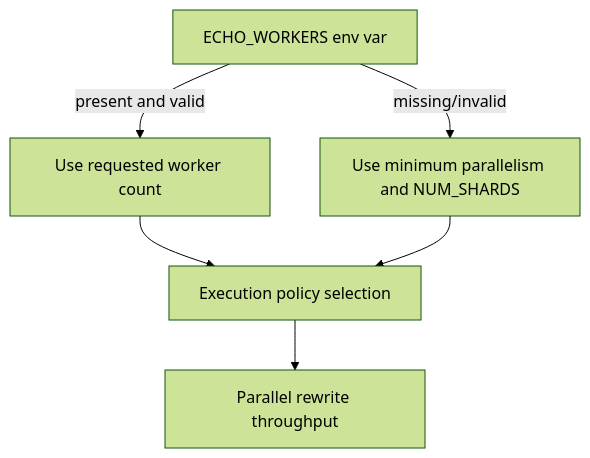
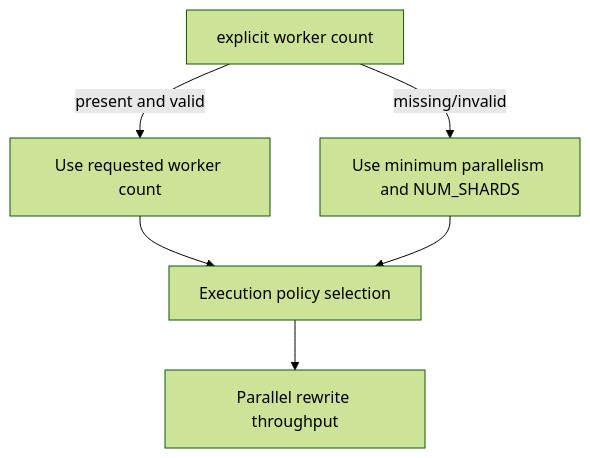
One commit to flyingrobots/echo changed diagram 19 of 34 in docs/technical-teardown.md. Above: the diagram before and after it, drawn with Mermaid (forest theme). The commit also changed other lines of this file and 35 other files, not shown here.

````diff
--- a/docs/technical-teardown.md
+++ b/docs/technical-teardown.md
@@ -705,9 +705,9 @@
 ```mermaid
 flowchart TD
-  CFG[ECHO_WORKERS env var]
+  CFG[explicit worker count]
   CFG -->|present and valid| W[Use requested worker count]
   CFG -->|missing/invalid| W2[Use minimum parallelism and NUM_SHARDS]
   W --> R[Execution policy selection]
   W2 --> R
   R --> P[Parallel rewrite throughput]
 ```
````
